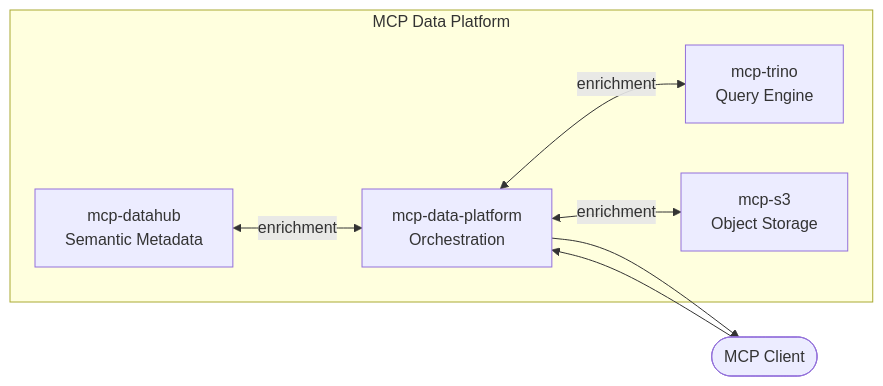
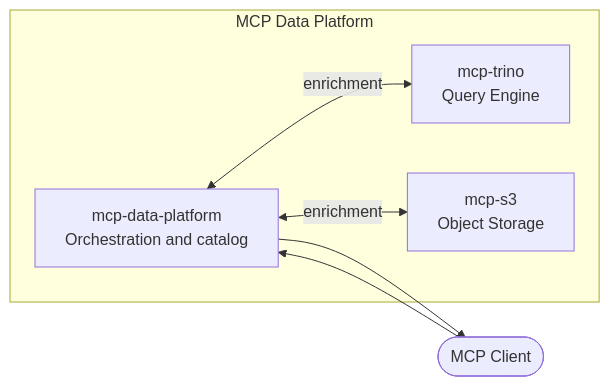
One commit to txn2/mcp-data-platform changed the diagram in docs/ecosystem/index.md. Above: the diagram before and after it, drawn with Mermaid. The commit also changed other lines of this file and 746 other files, not shown here.

First line of the commit message:
feat(catalog): portal catalog, search/fetch reads, DataHub removed (#1916) (#2123)

````diff
--- a/docs/ecosystem/index.md
+++ b/docs/ecosystem/index.md
@@ -39,16 +31,14 @@
 ```mermaid
 graph LR
     subgraph "MCP Data Platform"
-        DataHub["mcp-datahub<br/>Semantic Metadata"]
-        Platform["mcp-data-platform<br/>Orchestration"]
+        Platform["mcp-data-platform<br/>Orchestration and catalog"]
         Trino["mcp-trino<br/>Query Engine"]
         S3["mcp-s3<br/>Object Storage"]
 
-        DataHub <-->|"enrichment"| Platform
         Platform <-->|"enrichment"| Trino
         Platform <-->|"enrichment"| S3
     end
 
     Client(["MCP Client"]) --> Platform
     Platform --> Client
 ```
````
